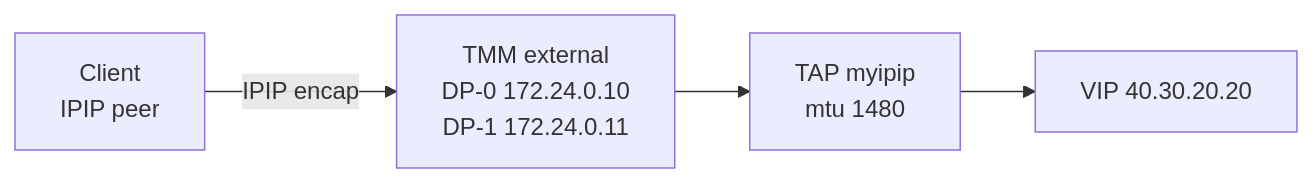
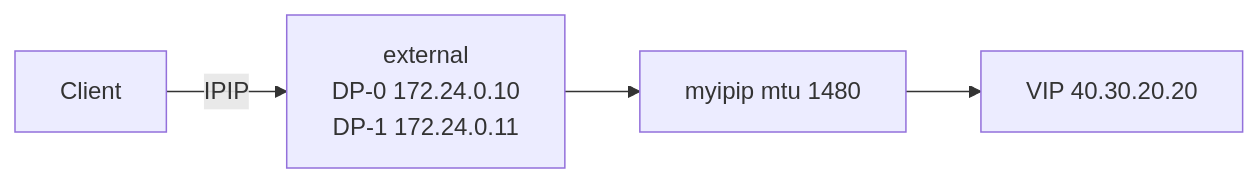
Before and after one commit to mink0119/2609_f5bnk: the diagram in README.md, drawn with Mermaid. The commit also changed other lines of this file, not shown here.

````diff
--- a/README.md
+++ b/README.md
@@ -15,6 +13,6 @@
 ```mermaid
 flowchart LR
-  Client["Client\nIPIP peer"] -->|"IPIP encap"| Ext["TMM external\nDP-0 172.24.0.10\nDP-1 172.24.0.11"]
-  Ext --> Tun["TAP myipip\nmtu 1480"]
-  Tun --> VIP["VIP 40.30.20.20"]
+  C[Client] -->|IPIP| Ext["external\nDP-0 172.24.0.10\nDP-1 172.24.0.11"]
+  Ext --> T["myipip mtu 1480"]
+  T --> VIP["VIP 40.30.20.20"]
 ```
````
